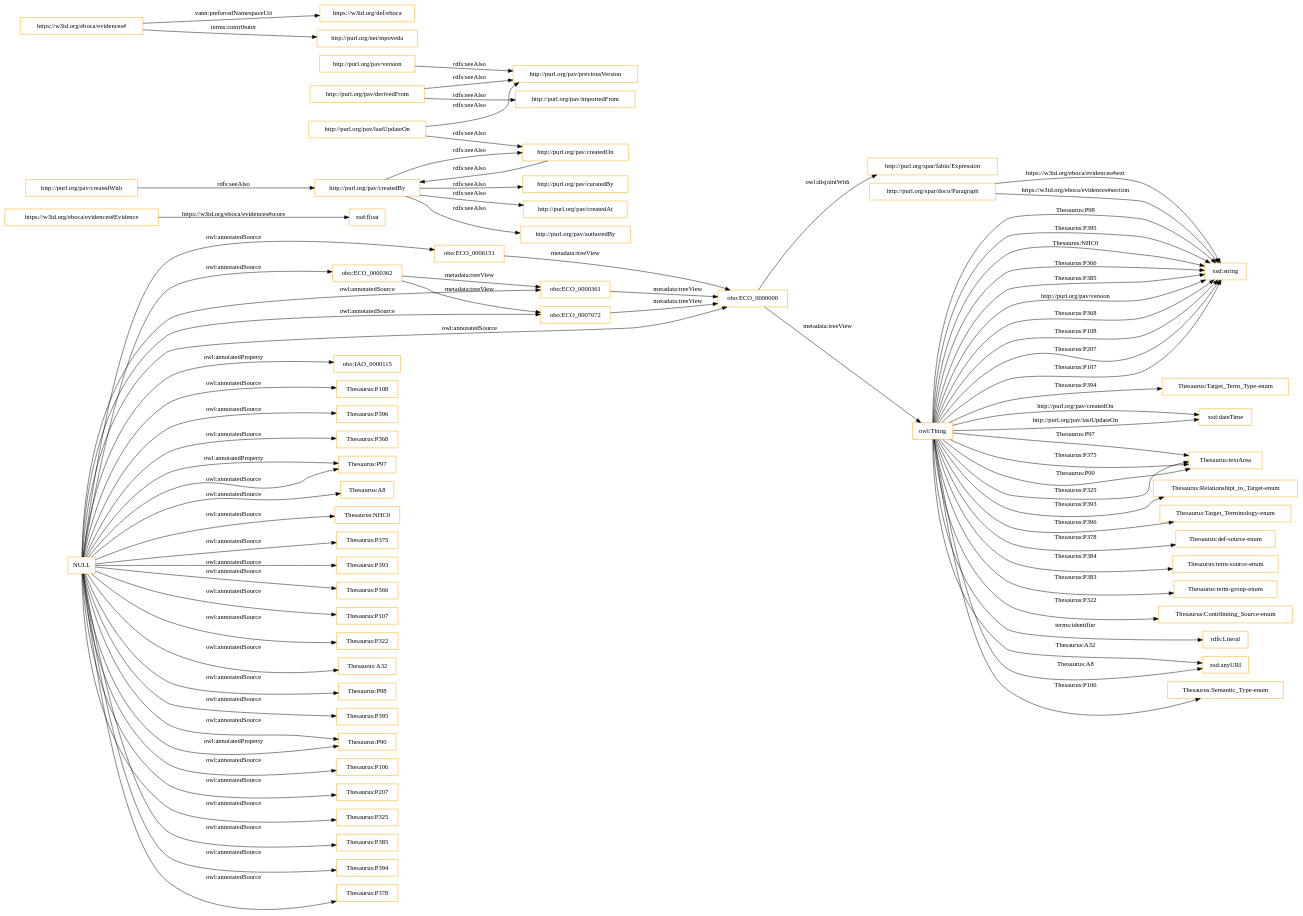
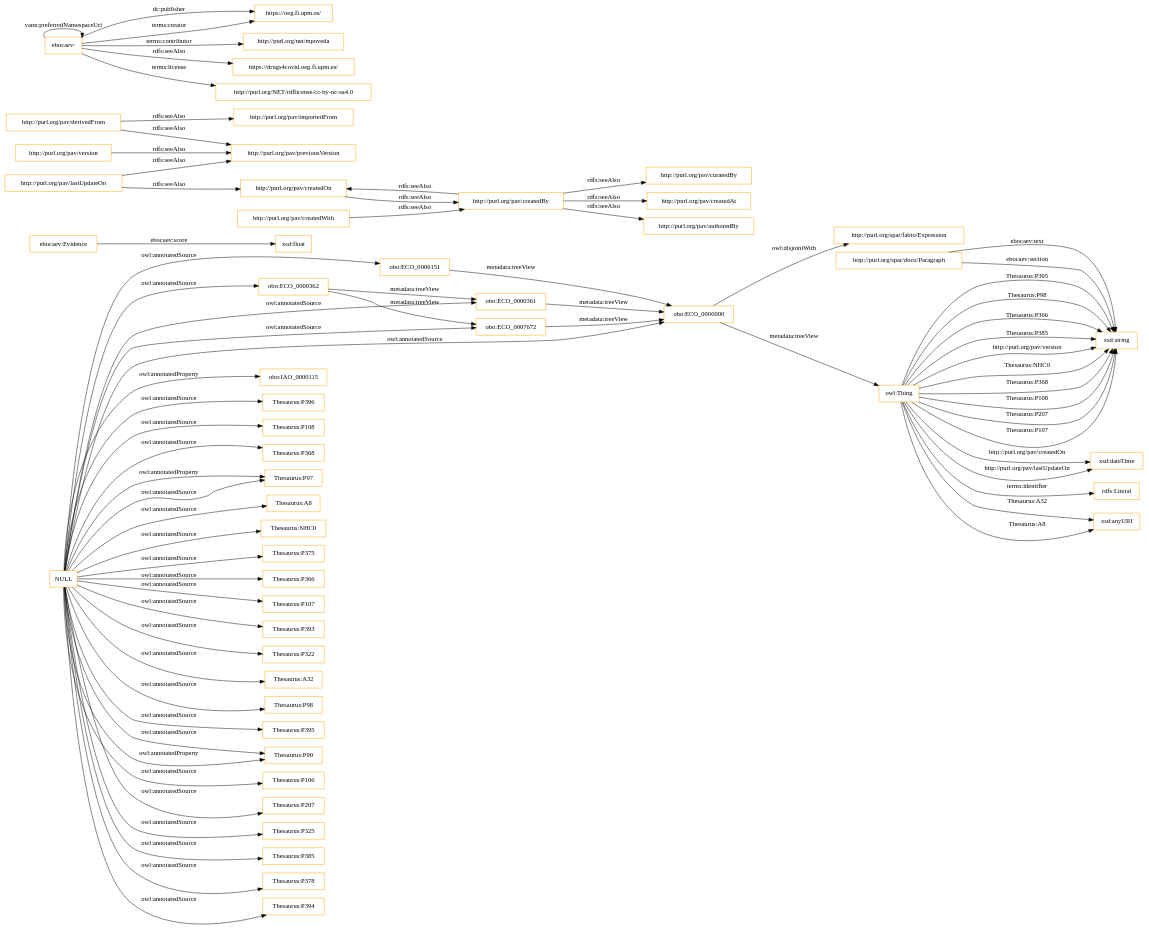
Before and after one commit to drugs4covid/EBOCA-Evidences: the diagram in OnToology/ontology/eboca-evidences.owl/diagrams/ar2dtool-class/eboca-evidences.owl.png.dot, drawn with Graphviz. The commit also changed 10 other files, not shown here.

```diff
--- a/OnToology/ontology/eboca-evidences.owl/diagrams/ar2dtool-class/eboca-evidences.owl.png.dot
+++ b/OnToology/ontology/eboca-evidences.owl/diagrams/ar2dtool-class/eboca-evidences.owl.png.dot
@@ -1,85 +1,77 @@
 digraph ar2dtool_diagram { 
 rankdir=LR;
 size="1501"
-node [shape = rectangle, color="orange"]; "obo:ECO_0000362" "https://w3id.org/eboca/evidences#Evidence" "http://purl.org/spar/fabio/Expression" "obo:ECO_0006151" "obo:ECO_0000361" "http://purl.org/spar/doco/Paragraph" "obo:ECO_0007672" "obo:ECO_0000000" ; /*classes style*/
-	"http://purl.org/pav/createdBy" -> "http://purl.org/pav/curatedBy" [ label = "rdfs:seeAlso" ];
-	"http://purl.org/pav/createdBy" -> "http://purl.org/pav/createdOn" [ label = "rdfs:seeAlso" ];
-	"http://purl.org/pav/createdBy" -> "http://purl.org/pav/createdAt" [ label = "rdfs:seeAlso" ];
-	"http://purl.org/pav/createdBy" -> "http://purl.org/pav/authoredBy" [ label = "rdfs:seeAlso" ];
-	"http://purl.org/pav/createdOn" -> "http://purl.org/pav/createdBy" [ label = "rdfs:seeAlso" ];
+node [shape = rectangle, color="orange"]; "obo:ECO_0000362" "ebocaev:Evidence" "http://purl.org/spar/fabio/Expression" "obo:ECO_0006151" "obo:ECO_0000361" "http://purl.org/spar/doco/Paragraph" "obo:ECO_0007672" "obo:ECO_0000000" ; /*classes style*/
+	"obo:ECO_0007672" -> "obo:ECO_0000000" [ label = "metadata:treeView" ];
 	"NULL" -> "obo:ECO_0006151" [ label = "owl:annotatedSource" ];
 	"NULL" -> "obo:IAO_0000115" [ label = "owl:annotatedProperty" ];
+	"NULL" -> "Thesaurus:P396" [ label = "owl:annotatedSource" ];
 	"NULL" -> "obo:ECO_0000362" [ label = "owl:annotatedSource" ];
 	"NULL" -> "Thesaurus:P108" [ label = "owl:annotatedSource" ];
-	"NULL" -> "Thesaurus:P396" [ label = "owl:annotatedSource" ];
 	"NULL" -> "Thesaurus:P368" [ label = "owl:annotatedSource" ];
 	"NULL" -> "Thesaurus:P97" [ label = "owl:annotatedProperty" ];
 	"NULL" -> "Thesaurus:A8" [ label = "owl:annotatedSource" ];
 	"NULL" -> "Thesaurus:NHC0" [ label = "owl:annotatedSource" ];
 	"NULL" -> "Thesaurus:P375" [ label = "owl:annotatedSource" ];
-	"NULL" -> "Thesaurus:P393" [ label = "owl:annotatedSource" ];
+	"NULL" -> "obo:ECO_0007672" [ label = "owl:annotatedSource" ];
 	"NULL" -> "Thesaurus:P366" [ label = "owl:annotatedSource" ];
 	"NULL" -> "Thesaurus:P107" [ label = "owl:annotatedSource" ];
+	"NULL" -> "Thesaurus:P393" [ label = "owl:annotatedSource" ];
 	"NULL" -> "Thesaurus:P322" [ label = "owl:annotatedSource" ];
-	"NULL" -> "obo:ECO_0007672" [ label = "owl:annotatedSource" ];
 	"NULL" -> "obo:ECO_0000000" [ label = "owl:annotatedSource" ];
 	"NULL" -> "Thesaurus:A32" [ label = "owl:annotatedSource" ];
 	"NULL" -> "Thesaurus:P98" [ label = "owl:annotatedSource" ];
 	"NULL" -> "Thesaurus:P395" [ label = "owl:annotatedSource" ];
 	"NULL" -> "Thesaurus:P90" [ label = "owl:annotatedSource" ];
 	"NULL" -> "Thesaurus:P106" [ label = "owl:annotatedSource" ];
 	"NULL" -> "Thesaurus:P207" [ label = "owl:annotatedSource" ];
 	"NULL" -> "Thesaurus:P325" [ label = "owl:annotatedSource" ];
 	"NULL" -> "obo:ECO_0000361" [ label = "owl:annotatedSource" ];
 	"NULL" -> "Thesaurus:P385" [ label = "owl:annotatedSource" ];
 	"NULL" -> "Thesaurus:P90" [ label = "owl:annotatedProperty" ];
+	"NULL" -> "Thesaurus:P378" [ label = "owl:annotatedSource" ];
 	"NULL" -> "Thesaurus:P394" [ label = "owl:annotatedSource" ];
-	"NULL" -> "Thesaurus:P378" [ label = "owl:annotatedSource" ];
 	"NULL" -> "Thesaurus:P97" [ label = "owl:annotatedSource" ];
-	"obo:ECO_0007672" -> "obo:ECO_0000000" [ label = "metadata:treeView" ];
+	"http://purl.org/pav/version" -> "http://purl.org/pav/previousVersion" [ label = "rdfs:seeAlso" ];
+	"obo:ECO_0000362" -> "obo:ECO_0007672" [ label = "metadata:treeView" ];
+	"obo:ECO_0000362" -> "obo:ECO_0000361" [ label = "metadata:treeView" ];
+	"http://purl.org/pav/derivedFrom" -> "http://purl.org/pav/previousVersion" [ label = "rdfs:seeAlso" ];
+	"http://purl.org/pav/derivedFrom" -> "http://purl.org/pav/importedFrom" [ label = "rdfs:seeAlso" ];
+	"obo:ECO_0000361" -> "obo:ECO_0000000" [ label = "metadata:treeView" ];
+	"http://purl.org/pav/createdOn" -> "http://purl.org/pav/createdBy" [ label = "rdfs:seeAlso" ];
 	"http://purl.org/pav/lastUpdateOn" -> "http://purl.org/pav/previousVersion" [ label = "rdfs:seeAlso" ];
 	"http://purl.org/pav/lastUpdateOn" -> "http://purl.org/pav/createdOn" [ label = "rdfs:seeAlso" ];
-	"obo:ECO_0000362" -> "obo:ECO_0007672" [ label = "metadata:treeView" ];
-	"obo:ECO_0000362" -> "obo:ECO_0000361" [ label = "metadata:treeView" ];
 	"http://purl.org/pav/createdWith" -> "http://purl.org/pav/createdBy" [ label = "rdfs:seeAlso" ];
-	"http://purl.org/pav/derivedFrom" -> "http://purl.org/pav/previousVersion" [ label = "rdfs:seeAlso" ];
-	"http://purl.org/pav/derivedFrom" -> "http://purl.org/pav/importedFrom" [ label = "rdfs:seeAlso" ];
+	"obo:ECO_0006151" -> "obo:ECO_0000000" [ label = "metadata:treeView" ];
 	"obo:ECO_0000000" -> "owl:Thing" [ label = "metadata:treeView" ];
 	"obo:ECO_0000000" -> "http://purl.org/spar/fabio/Expression" [ label = "owl:disjointWith" ];
-	"obo:ECO_0000361" -> "obo:ECO_0000000" [ label = "metadata:treeView" ];
-	"https://w3id.org/eboca/evidences#" -> "https://w3id.org/def/eboca" [ label = "vann:preferredNamespaceUri" ];
-	"https://w3id.org/eboca/evidences#" -> "http://purl.org/net/mpoveda" [ label = "terms:contributor" ];
-	"http://purl.org/pav/version" -> "http://purl.org/pav/previousVersion" [ label = "rdfs:seeAlso" ];
-	"obo:ECO_0006151" -> "obo:ECO_0000000" [ label = "metadata:treeView" ];
+	"ebocaev:" -> "https://oeg.fi.upm.es/" [ label = "dc:publisher" ];
+	"ebocaev:" -> "http://purl.org/net/mpoveda" [ label = "terms:contributor" ];
+	"ebocaev:" -> "https://drugs4covid.oeg.fi.upm.es/" [ label = "rdfs:seeAlso" ];
+	"ebocaev:" -> "https://oeg.fi.upm.es/" [ label = "terms:creator" ];
+	"ebocaev:" -> "http://purl.org/NET/rdflicense/cc-by-nc-sa4.0" [ label = "terms:license" ];
+	"ebocaev:" -> "ebocaev:" [ label = "vann:preferredNamespaceUri" ];
+	"http://purl.org/pav/createdBy" -> "http://purl.org/pav/curatedBy" [ label = "rdfs:seeAlso" ];
+	"http://purl.org/pav/createdBy" -> "http://purl.org/pav/createdOn" [ label = "rdfs:seeAlso" ];
+	"http://purl.org/pav/createdBy" -> "http://purl.org/pav/createdAt" [ label = "rdfs:seeAlso" ];
+	"http://purl.org/pav/createdBy" -> "http://purl.org/pav/authoredBy" [ label = "rdfs:seeAlso" ];
+	"owl:Thing" -> "xsd:string" [ label = "Thesaurus:P395" ];
 	"owl:Thing" -> "xsd:string" [ label = "Thesaurus:P98" ];
-	"owl:Thing" -> "xsd:string" [ label = "Thesaurus:P395" ];
-	"owl:Thing" -> "Thesaurus:Target_Term_Type-enum" [ label = "Thesaurus:P394" ];
 	"owl:Thing" -> "xsd:dateTime" [ label = "http://purl.org/pav/createdOn" ];
-	"owl:Thing" -> "Thesaurus:textArea" [ label = "Thesaurus:P97" ];
-	"owl:Thing" -> "Thesaurus:Relationshipt_to_Target-enum" [ label = "Thesaurus:P393" ];
 	"owl:Thing" -> "xsd:dateTime" [ label = "http://purl.org/pav/lastUpdateOn" ];
-	"owl:Thing" -> "Thesaurus:textArea" [ label = "Thesaurus:P375" ];
-	"owl:Thing" -> "Thesaurus:Target_Terminology-enum" [ label = "Thesaurus:P396" ];
-	"owl:Thing" -> "xsd:string" [ label = "Thesaurus:NHC0" ];
-	"owl:Thing" -> "Thesaurus:def-source-enum" [ label = "Thesaurus:P378" ];
-	"owl:Thing" -> "Thesaurus:term-source-enum" [ label = "Thesaurus:P384" ];
-	"owl:Thing" -> "Thesaurus:term-group-enum" [ label = "Thesaurus:P383" ];
 	"owl:Thing" -> "xsd:string" [ label = "Thesaurus:P366" ];
-	"owl:Thing" -> "Thesaurus:Contributing_Source-enum" [ label = "Thesaurus:P322" ];
 	"owl:Thing" -> "rdfs:Literal" [ label = "terms:identifier" ];
 	"owl:Thing" -> "xsd:string" [ label = "Thesaurus:P385" ];
-	"http://purl.org/spar/doco/Paragraph" -> "xsd:string" [ label = "https://w3id.org/eboca/evidences#text" ];
-	"http://purl.org/spar/doco/Paragraph" -> "xsd:string" [ label = "https://w3id.org/eboca/evidences#section" ];
+	"http://purl.org/spar/doco/Paragraph" -> "xsd:string" [ label = "ebocaev:text" ];
+	"http://purl.org/spar/doco/Paragraph" -> "xsd:string" [ label = "ebocaev:section" ];
+	"owl:Thing" -> "xsd:string" [ label = "http://purl.org/pav/version" ];
 	"owl:Thing" -> "xsd:anyURI" [ label = "Thesaurus:A32" ];
-	"owl:Thing" -> "xsd:string" [ label = "http://purl.org/pav/version" ];
-	"owl:Thing" -> "Thesaurus:textArea" [ label = "Thesaurus:P90" ];
-	"owl:Thing" -> "Thesaurus:Semantic_Type-enum" [ label = "Thesaurus:P106" ];
 	"owl:Thing" -> "xsd:anyURI" [ label = "Thesaurus:A8" ];
-	"owl:Thing" -> "Thesaurus:textArea" [ label = "Thesaurus:P325" ];
+	"owl:Thing" -> "xsd:string" [ label = "Thesaurus:NHC0" ];
 	"owl:Thing" -> "xsd:string" [ label = "Thesaurus:P368" ];
-	"https://w3id.org/eboca/evidences#Evidence" -> "xsd:float" [ label = "https://w3id.org/eboca/evidences#score" ];
+	"ebocaev:Evidence" -> "xsd:float" [ label = "ebocaev:score" ];
 	"owl:Thing" -> "xsd:string" [ label = "Thesaurus:P108" ];
 	"owl:Thing" -> "xsd:string" [ label = "Thesaurus:P207" ];
 	"owl:Thing" -> "xsd:string" [ label = "Thesaurus:P107" ];
 
 }
```
